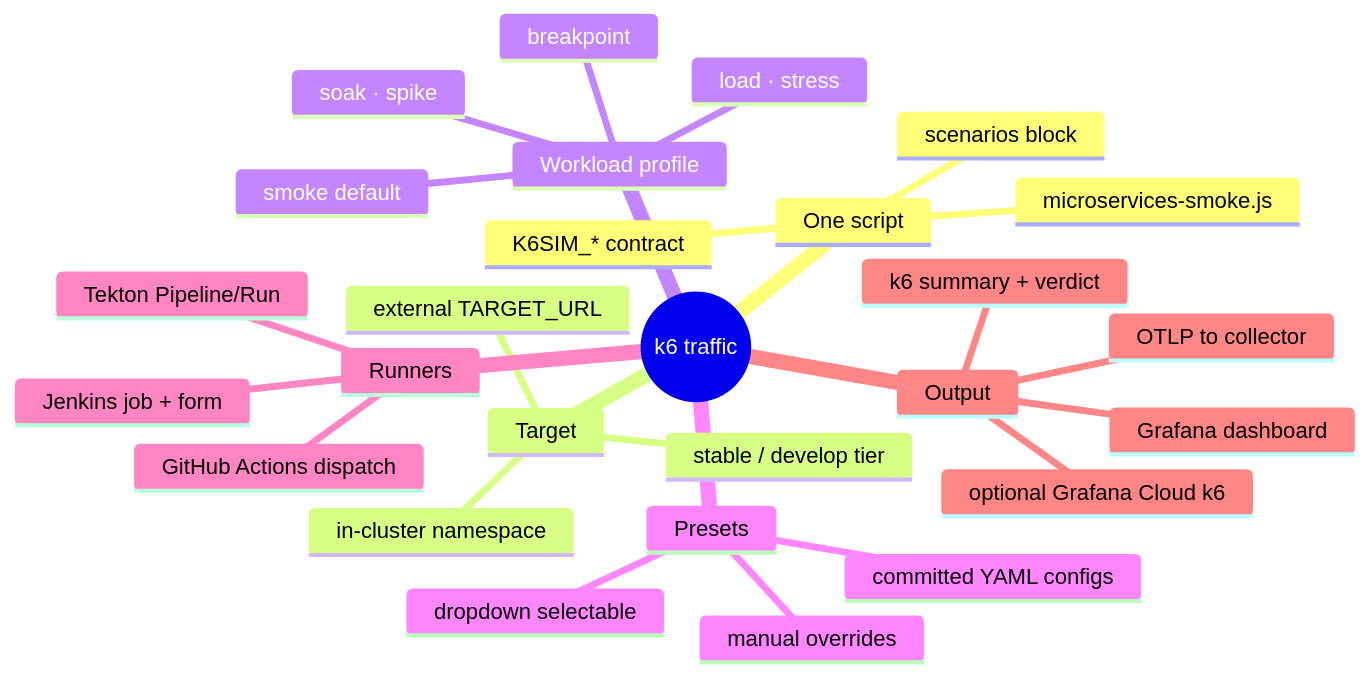
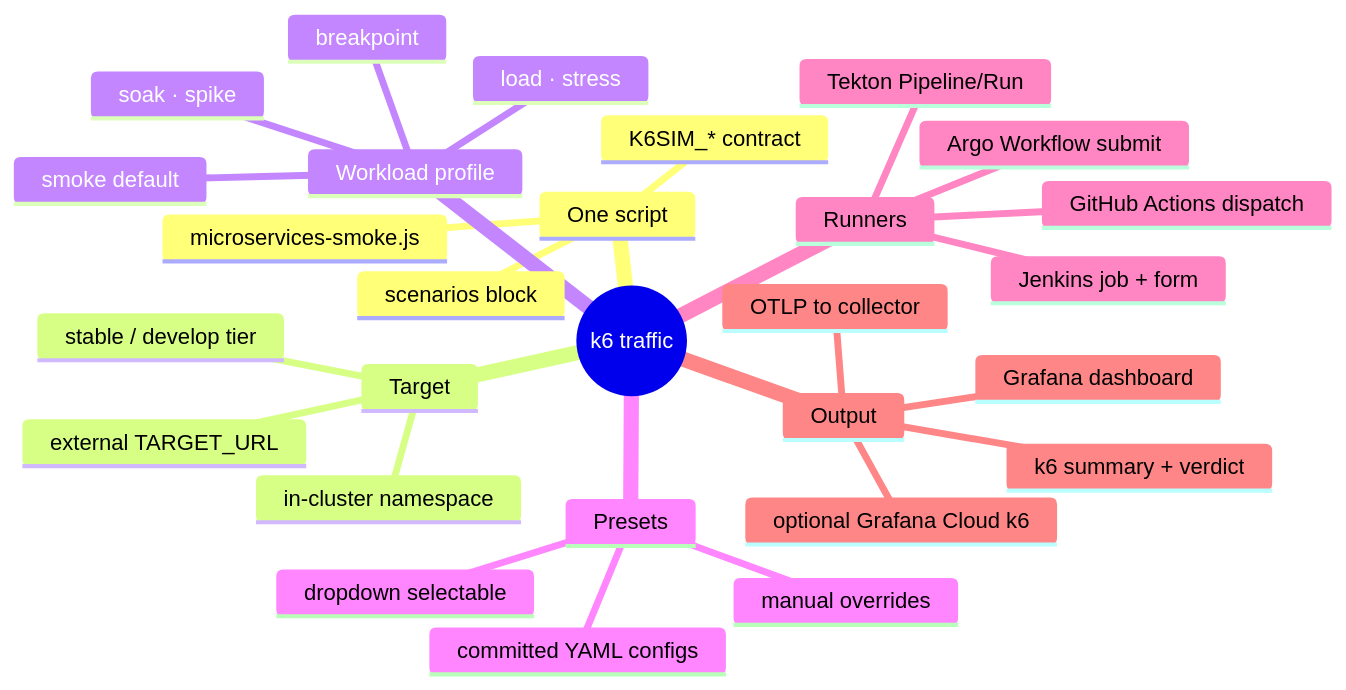
One commit to nubenetes/jenkins-2026 changed the first of 14 diagrams in docs/302-K6_LOAD_TESTING.md. Above: the diagram before and after it, drawn with Mermaid. The commit also changed other lines of this file and 28 other files, not shown here.

````diff
--- a/docs/302-K6_LOAD_TESTING.md
+++ b/docs/302-K6_LOAD_TESTING.md
@@ -18,30 +18,31 @@
 ```mermaid
 mindmap
   root((k6 traffic))
     One script
       microservices-smoke.js
       scenarios block
       K6SIM_* contract
     Target
       in-cluster namespace
       external TARGET_URL
       stable / develop tier
     Workload profile
       smoke default
       load · stress
       soak · spike
       breakpoint
     Presets
       committed YAML configs
       dropdown selectable
       manual overrides
     Runners
       Jenkins job + form
       Tekton Pipeline/Run
       GitHub Actions dispatch
+      Argo Workflow submit
     Output
       OTLP to collector
       Grafana dashboard
       k6 summary + verdict
       optional Grafana Cloud k6
 ```
````
